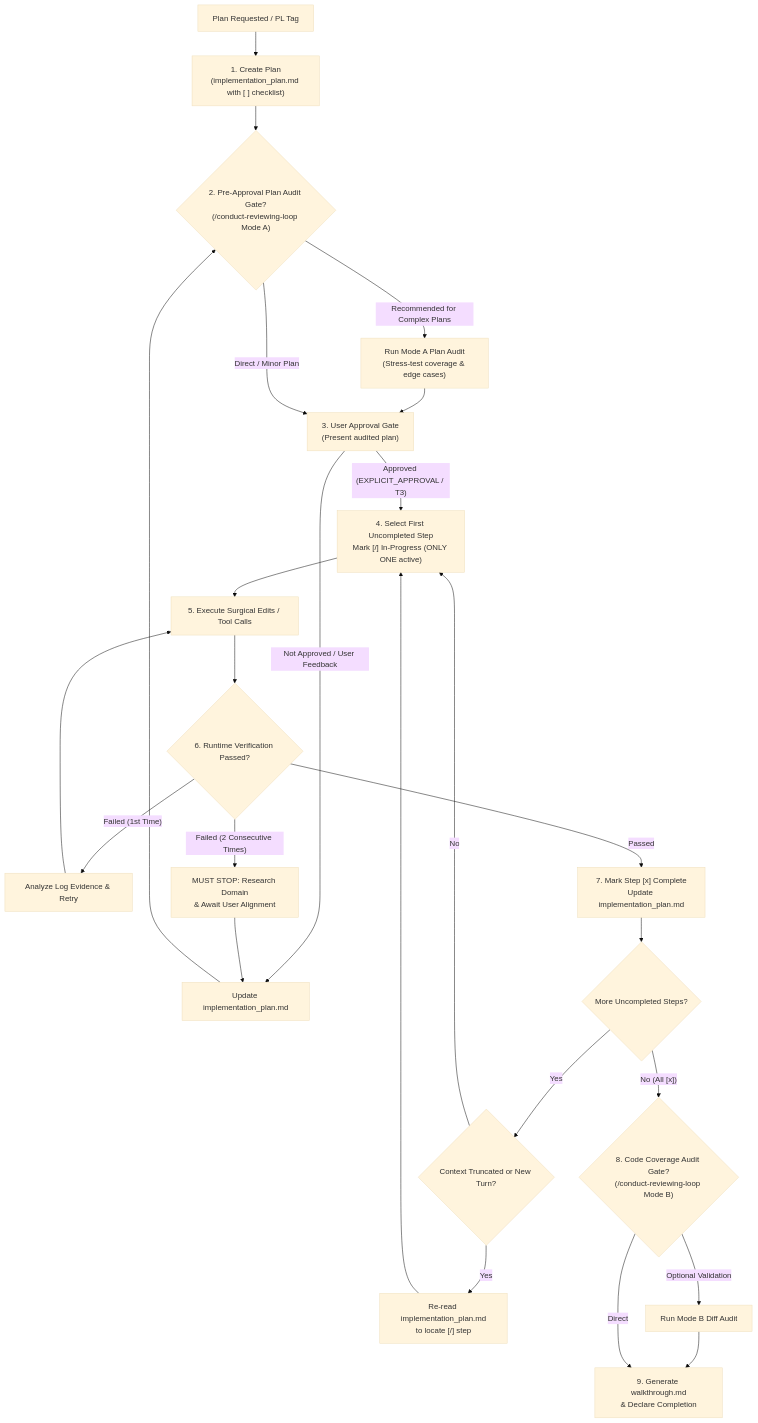
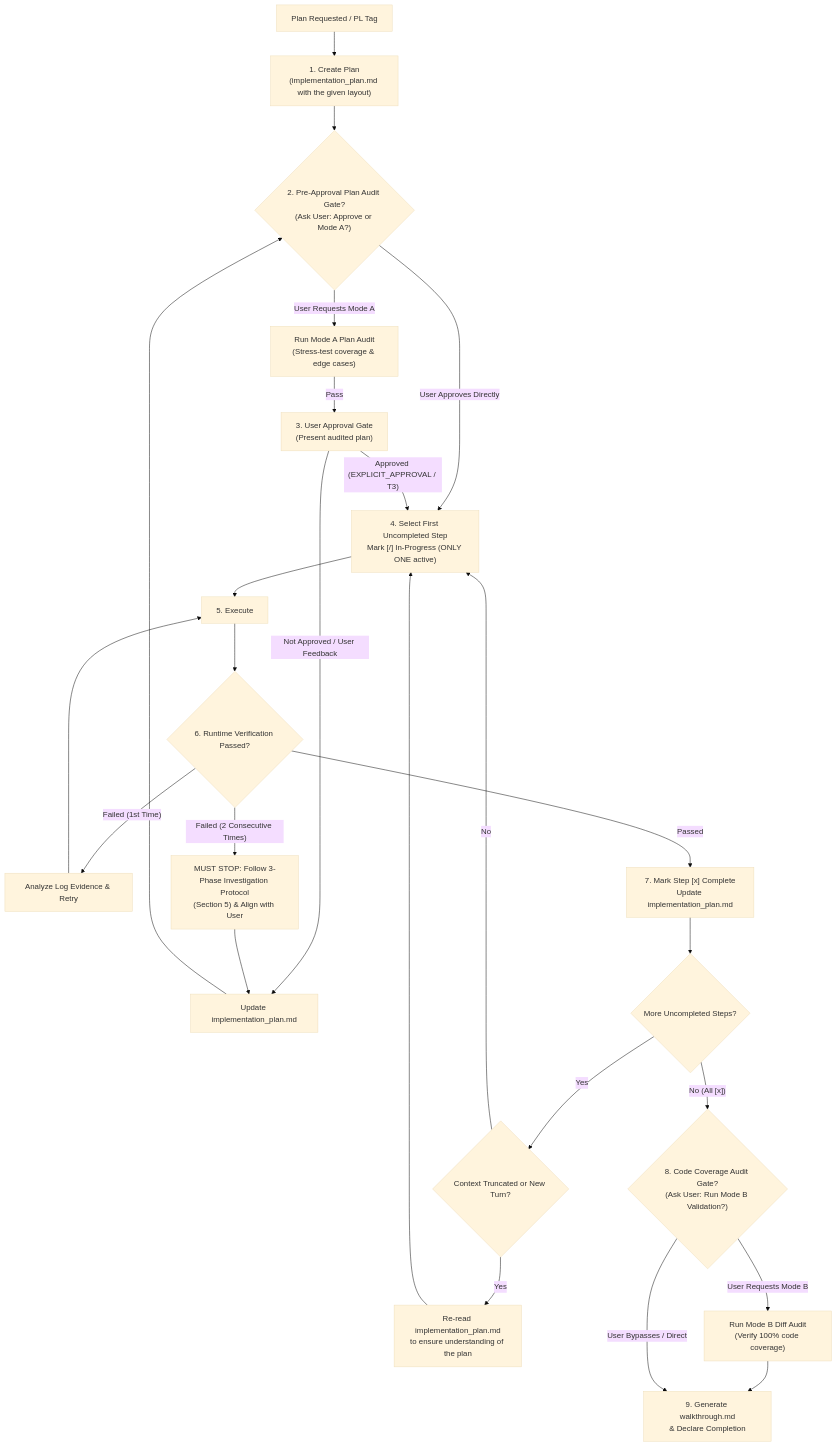
The third of 10 diagrams in AGENTS.md (loerei/myskills), drawn with Mermaid (base theme) before and after one commit.

Commit message:
docs(agents): update section 2 implementation plan protocol and flowchart

````diff
--- a/AGENTS.md
+++ b/AGENTS.md
@@ -80,31 +80,31 @@
 ```mermaid
 flowchart TD
-    Start["Plan Requested / PL Tag"] --> CreatePlan["1. Create Plan<br/>(implementation_plan.md with [ ] checklist)"]
-    CreatePlan --> ModeAOption{"2. Pre-Approval Plan Audit Gate?<br/>(/conduct-reviewing-loop Mode A)"}
+    Start["Plan Requested / PL Tag"] --> CreatePlan["1. Create Plan<br/>(implementation_plan.md with the given layout)"]
+    CreatePlan --> ModeAOption{"2. Pre-Approval Plan Audit Gate?<br/>(Ask User: Approve or Mode A?)"}
     
-    ModeAOption -->|"Recommended for Complex Plans"| RunModeA["Run Mode A Plan Audit<br/>(Stress-test coverage & edge cases)"]
-    RunModeA --> UserGate["3. User Approval Gate<br/>(Present audited plan)"]
+    ModeAOption -->|"User Requests Mode A"| RunModeA["Run Mode A Plan Audit<br/>(Stress-test coverage & edge cases)"]
+    RunModeA -->|"Pass"| UserGate["3. User Approval Gate<br/>(Present audited plan)"]
     
-    ModeAOption -->|"Direct / Minor Plan"| UserGate
+    ModeAOption -->|"User Approves Directly"| SelectStep["4. Select First Uncompleted Step<br/>Mark [/] In-Progress (ONLY ONE active)"]
     
     UserGate -->|"Not Approved / User Feedback"| RefinePlanDoc["Update implementation_plan.md"] --> ModeAOption
     
-    UserGate -->|"Approved (EXPLICIT_APPROVAL / T3)"| SelectStep["4. Select First Uncompleted Step<br/>Mark [/] In-Progress (ONLY ONE active)"]
+    UserGate -->|"Approved (EXPLICIT_APPROVAL / T3)"| SelectStep
     
-    SelectStep --> ExecuteStep["5. Execute Surgical Edits / Tool Calls"]
+    SelectStep --> ExecuteStep["5. Execute"]
     ExecuteStep --> VerifyStep{"6. Runtime Verification Passed?"}
     
     VerifyStep -->|"Failed (1st Time)"| AnalyzeLog["Analyze Log Evidence & Retry"] --> ExecuteStep
-    VerifyStep -->|"Failed (2 Consecutive Times)"| MustStop["MUST STOP: Research Domain<br/>& Await User Alignment"] --> RefinePlanDoc
+    VerifyStep -->|"Failed (2 Consecutive Times)"| MustStop["MUST STOP: Follow 3-Phase Investigation Protocol<br/>(Section 5) & Align with User"] --> RefinePlanDoc
     
     VerifyStep -->|"Passed"| MarkComplete["7. Mark Step [x] Complete<br/>Update implementation_plan.md"]
     
     MarkComplete --> CheckRemaining{"More Uncompleted Steps?"}
     CheckRemaining -->|"Yes"| ContextCheck{"Context Truncated or New Turn?"}
-    ContextCheck -->|"Yes"| ReadPlan["Re-read implementation_plan.md<br/>to locate [/] step"] --> SelectStep
+    ContextCheck -->|"Yes"| ReadPlan["Re-read implementation_plan.md<br/>to ensure understanding of the plan"] --> SelectStep
     ContextCheck -->|"No"| SelectStep
     
-    CheckRemaining -->|"No (All [x])"| ModeBCheck{"8. Code Coverage Audit Gate?<br/>(/conduct-reviewing-loop Mode B)"}
-    ModeBCheck -->|"Optional Validation"| RunModeB["Run Mode B Diff Audit"] --> FinalWalkthrough["9. Generate walkthrough.md<br/>& Declare Completion"]
-    ModeBCheck -->|"Direct"| FinalWalkthrough
+    CheckRemaining -->|"No (All [x])"| ModeBCheck{"8. Code Coverage Audit Gate?<br/>(Ask User: Run Mode B Validation?)"}
+    ModeBCheck -->|"User Requests Mode B"| RunModeB["Run Mode B Diff Audit<br/>(Verify 100% code coverage)"] --> FinalWalkthrough["9. Generate walkthrough.md<br/>& Declare Completion"]
+    ModeBCheck -->|"User Bypasses / Direct"| FinalWalkthrough
 ```
````
